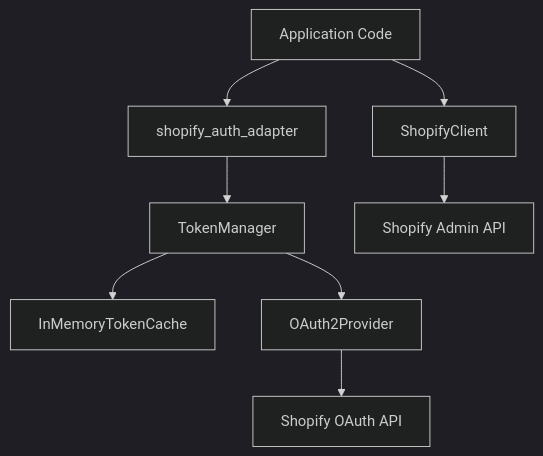
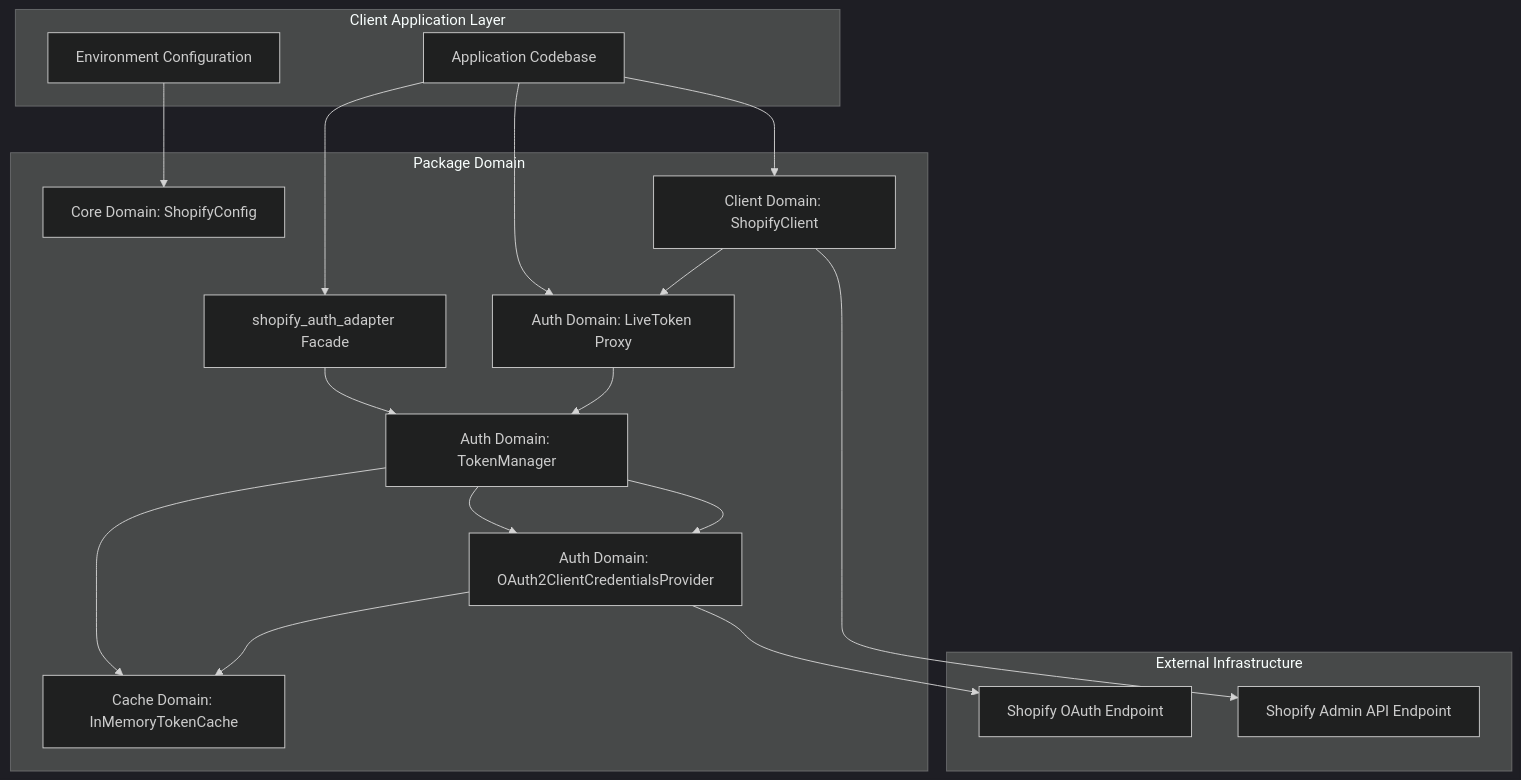
Before and after one commit to AhmadHassan-BTed/ShopifyAutoAuth: the first of 3 diagrams in README.md, drawn with Mermaid (dark theme). The commit also changed other lines of this file, not shown here.

Commit message:
docs: restore full architecture diagrams and deep-dives in clean non-yappy structure

````diff
--- a/README.md
+++ b/README.md
@@ -91,11 +44,38 @@
 ```mermaid
 flowchart TD
-    App[Application Code] --> Facade[shopify_auth_adapter]
-    Facade --> Manager[TokenManager]
-    Manager --> Cache[InMemoryTokenCache]
-    Manager --> Provider[OAuth2Provider]
-    Provider --> ShopifyAuth[Shopify OAuth API]
+    subgraph Client Application Layer
+        App[Application Codebase]
+        Env[Environment Configuration]
+    end
 
-    App --> Client[ShopifyClient]
-    Client --> ShopifyAPI[Shopify Admin API]
+    subgraph Package Domain
+        Facade[shopify_auth_adapter Facade]
+        Config[Core Domain: ShopifyConfig]
+        Proxy[Auth Domain: LiveToken Proxy]
+        Manager[Auth Domain: TokenManager]
+        Cache[Cache Domain: InMemoryTokenCache]
+        Provider[Auth Domain: OAuth2ClientCredentialsProvider]
+        Client[Client Domain: ShopifyClient]
+    end
+
+    subgraph External Infrastructure
+        ShopifyAuth[Shopify OAuth Endpoint]
+        ShopifyAPI[Shopify Admin API Endpoint]
+    end
+
+    Env --> Config
+    App --> Facade
+    Facade --> Manager
+    Manager --> Provider
+    
+    App --> Proxy
+    Proxy --> Manager
+    Manager --> Cache
+    Manager --> Provider
+    Provider --> ShopifyAuth
+    Provider --> Cache
+
+    App --> Client
+    Client --> Proxy
+    Client --> ShopifyAPI
 ```
````
